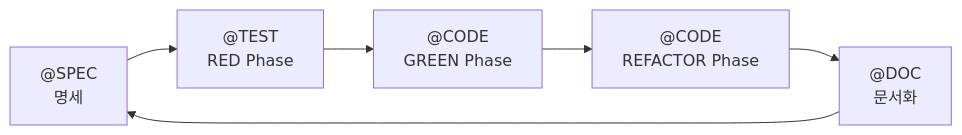
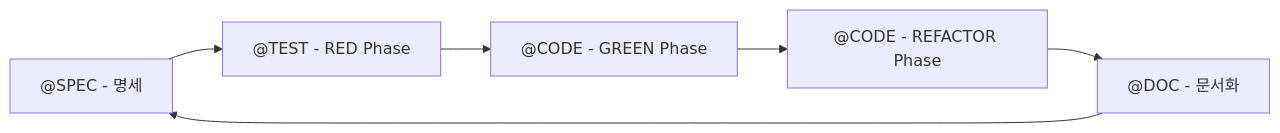
Before and after one commit to modu-ai/moai-adk: the diagram in docs/analysis/tag-system-v5-design.md, drawn with Mermaid. The commit also changed other lines of this file and 447 other files, not shown here.

````diff
--- a/docs/analysis/tag-system-v5-design.md
+++ b/docs/analysis/tag-system-v5-design.md
@@ -30,9 +30,9 @@
 ```mermaid
 graph LR
-    SPEC["@SPEC<br/>명세"] --> RED["@TEST<br/>RED Phase"]
-    RED --> GREEN["@CODE<br/>GREEN Phase"]
-    GREEN --> REFACTOR["@CODE<br/>REFACTOR Phase"]
-    REFACTOR --> DOC["@DOC<br/>문서화"]
+    SPEC["@SPEC - 명세"] --> RED["@TEST - RED Phase"]
+    RED --> GREEN["@CODE - GREEN Phase"]
+    GREEN --> REFACTOR["@CODE - REFACTOR Phase"]
+    REFACTOR --> DOC["@DOC - 문서화"]
     DOC --> SPEC
 
 ```
````
